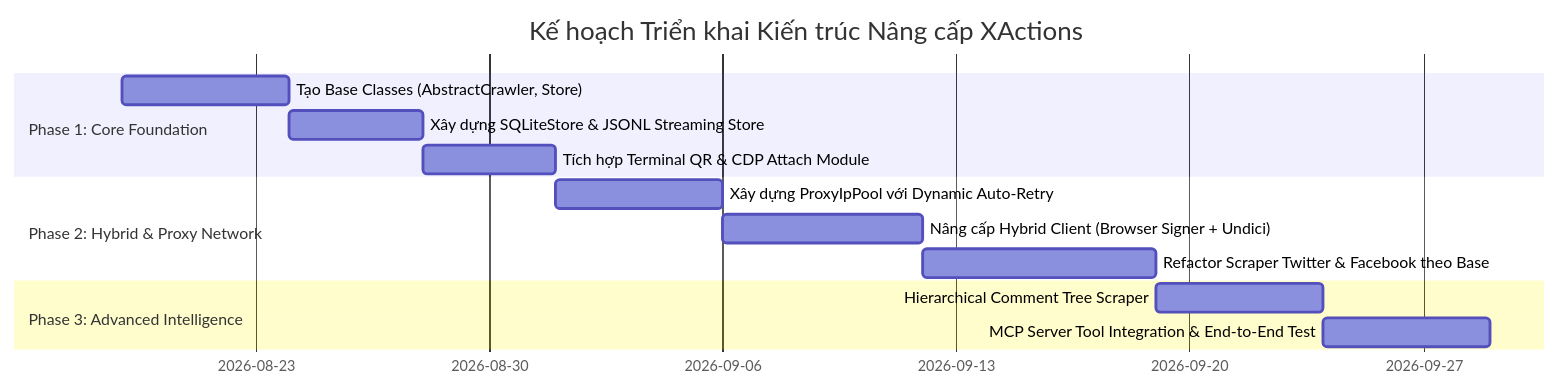
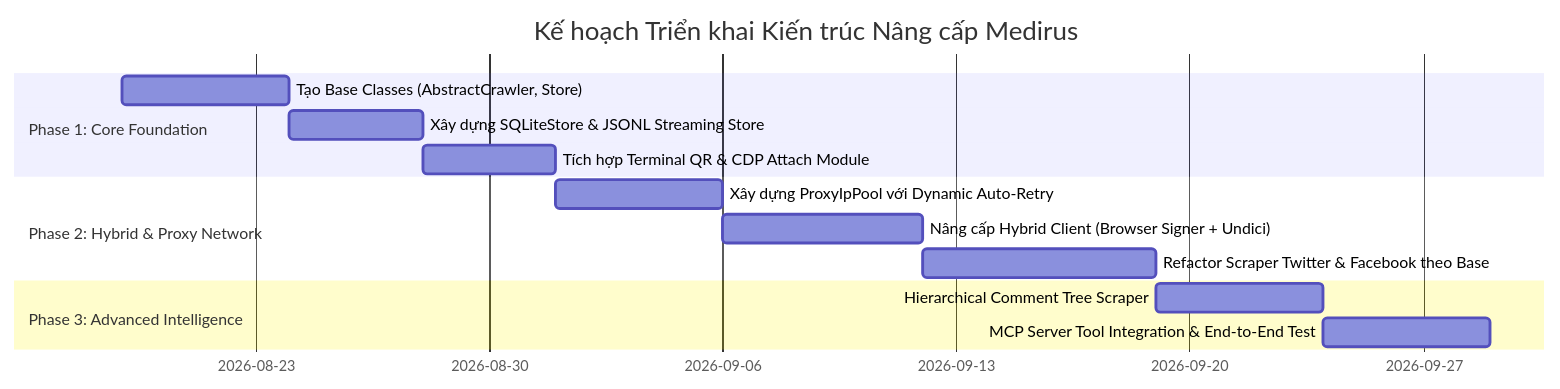
The diagram in _bmad-output/planning-artifacts/research/technical-mediacrawler-architecture-for-medirus-research-2026-08-18.md (deptrai/XActions), drawn with Mermaid before and after one commit. The commit also changed other lines of this file and 2613 other files, not shown here.

First line of the commit message:
chore(rename): XActions -> medirus content bulk replace (phase 2/2)

````diff
--- a/_bmad-output/planning-artifacts/research/technical-mediacrawler-architecture-for-medirus-research-2026-08-18.md
+++ b/_bmad-output/planning-artifacts/research/technical-mediacrawler-architecture-for-medirus-research-2026-08-18.md
@@ -515,16 +515,16 @@
 ```mermaid
 gantt
-    title Kế hoạch Triển khai Kiến trúc Nâng cấp XActions
+    title Kế hoạch Triển khai Kiến trúc Nâng cấp Medirus
     dateFormat  YYYY-MM-DD
     section Phase 1: Core Foundation
     Tạo Base Classes (AbstractCrawler, Store)       :p1_1, 2026-08-19, 5d
     Xây dựng SQLiteStore & JSONL Streaming Store   :p1_2, after p1_1, 4d
     Tích hợp Terminal QR & CDP Attach Module       :p1_3, after p1_2, 4d
     section Phase 2: Hybrid & Proxy Network
     Xây dựng ProxyIpPool với Dynamic Auto-Retry    :p2_1, after p1_3, 5d
     Nâng cấp Hybrid Client (Browser Signer + Undici):p2_2, after p2_1, 6d
     Refactor Scraper Twitter & Facebook theo Base  :p2_3, after p2_2, 7d
     section Phase 3: Advanced Intelligence
     Hierarchical Comment Tree Scraper              :p3_1, after p2_3, 5d
     MCP Server Tool Integration & End-to-End Test  :p3_2, after p3_1, 5d
 ```
````
